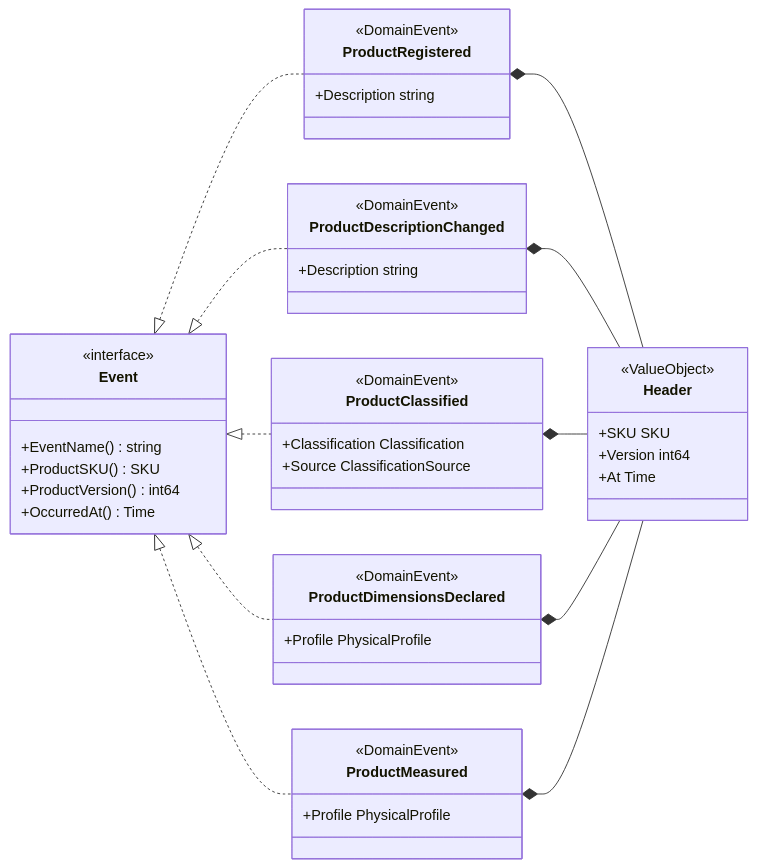
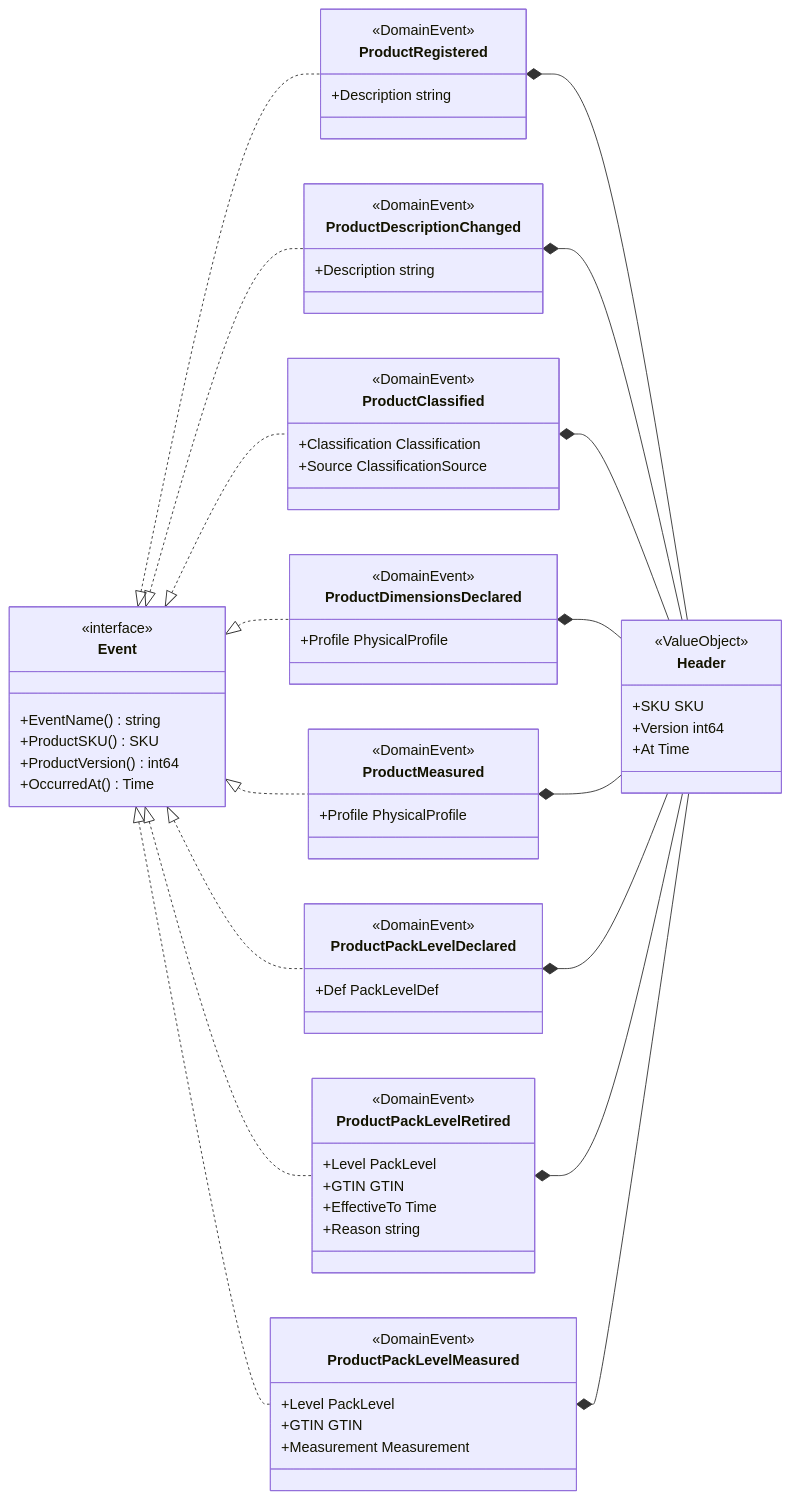
Before and after one commit to IQVO/product-master: the second of 4 diagrams in docs/docs/ddd/class-diagram.md, drawn with Mermaid. The commit also changed other lines of this file and 65 other files, not shown here.

````diff
--- a/docs/docs/ddd/class-diagram.md
+++ b/docs/docs/ddd/class-diagram.md
@@ -138,48 +181,71 @@
 ```mermaid
 classDiagram
   direction LR
   class Event {
     <<interface>>
     +EventName() string
     +ProductSKU() SKU
     +ProductVersion() int64
     +OccurredAt() Time
   }
   class Header {
     <<ValueObject>>
     +SKU SKU
     +Version int64
     +At Time
   }
   class ProductRegistered {
     <<DomainEvent>>
     +Description string
   }
   class ProductDescriptionChanged {
     <<DomainEvent>>
     +Description string
   }
   class ProductClassified {
     <<DomainEvent>>
     +Classification Classification
     +Source ClassificationSource
   }
   class ProductDimensionsDeclared {
     <<DomainEvent>>
     +Profile PhysicalProfile
   }
   class ProductMeasured {
     <<DomainEvent>>
     +Profile PhysicalProfile
   }
+  class ProductPackLevelDeclared {
+    <<DomainEvent>>
+    +Def PackLevelDef
+  }
+  class ProductPackLevelRetired {
+    <<DomainEvent>>
+    +Level PackLevel
+    +GTIN GTIN
+    +EffectiveTo Time
+    +Reason string
+  }
+  class ProductPackLevelMeasured {
+    <<DomainEvent>>
+    +Level PackLevel
+    +GTIN GTIN
+    +Measurement Measurement
+  }
   Event <|.. ProductRegistered
   Event <|.. ProductDescriptionChanged
   Event <|.. ProductClassified
   Event <|.. ProductDimensionsDeclared
   Event <|.. ProductMeasured
+  Event <|.. ProductPackLevelDeclared
+  Event <|.. ProductPackLevelRetired
+  Event <|.. ProductPackLevelMeasured
   ProductRegistered *-- Header
   ProductDescriptionChanged *-- Header
   ProductClassified *-- Header
   ProductDimensionsDeclared *-- Header
   ProductMeasured *-- Header
+  ProductPackLevelDeclared *-- Header
+  ProductPackLevelRetired *-- Header
+  ProductPackLevelMeasured *-- Header
 ```
````
